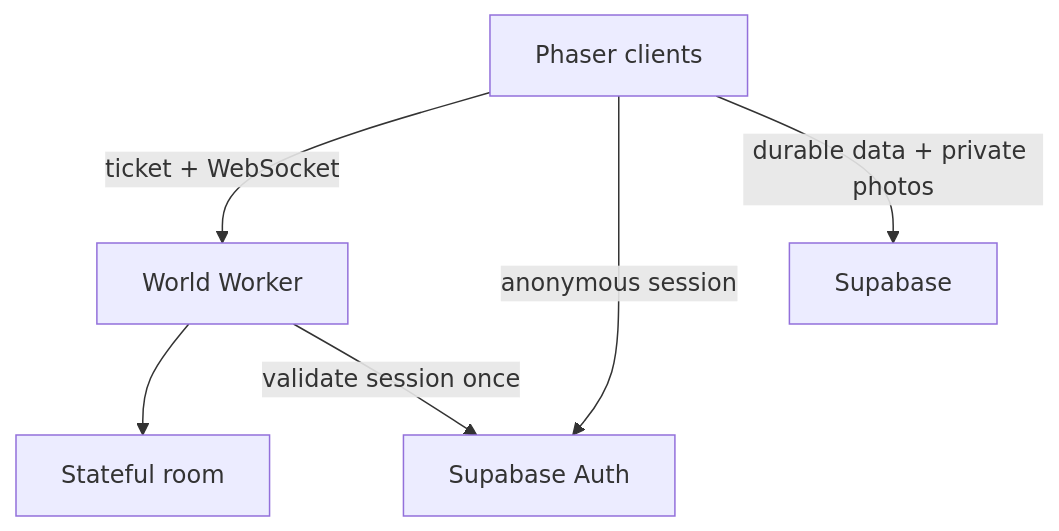
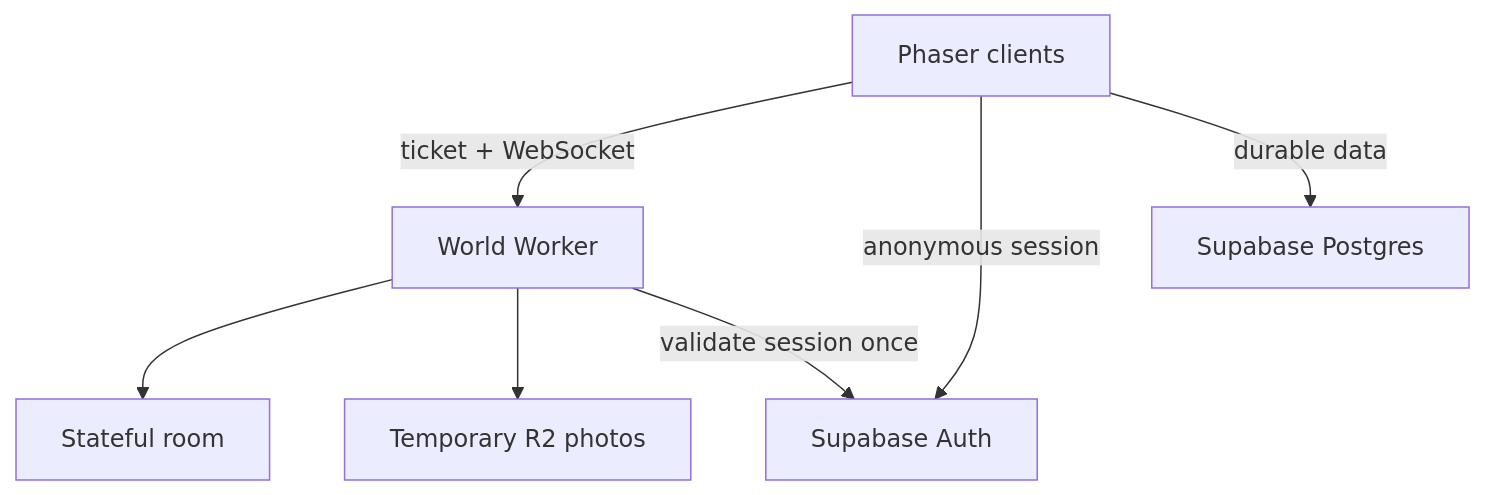
One commit to vfxblender/Blockaroo changed the diagram in docs/ARCHITECTURE.md. Above: the diagram before and after it, drawn with Mermaid. The commit also changed other lines of this file and 21 other files, not shown here.

Commit message:
refactor: move temporary photos to Cloudflare R2

````diff
--- a/docs/ARCHITECTURE.md
+++ b/docs/ARCHITECTURE.md
@@ -7,8 +7,9 @@
 ```mermaid
 flowchart TD
   C["Phaser clients"] -->|"ticket + WebSocket"| W["World Worker"]
   W --> R["Stateful room"]
+  W --> M["Temporary R2 photos"]
   C -->|"anonymous session"| A["Supabase Auth"]
-  C -->|"durable data + private photos"| S["Supabase"]
+  C -->|"durable data"| S["Supabase Postgres"]
   W -->|"validate session once"| A
 ```
````
